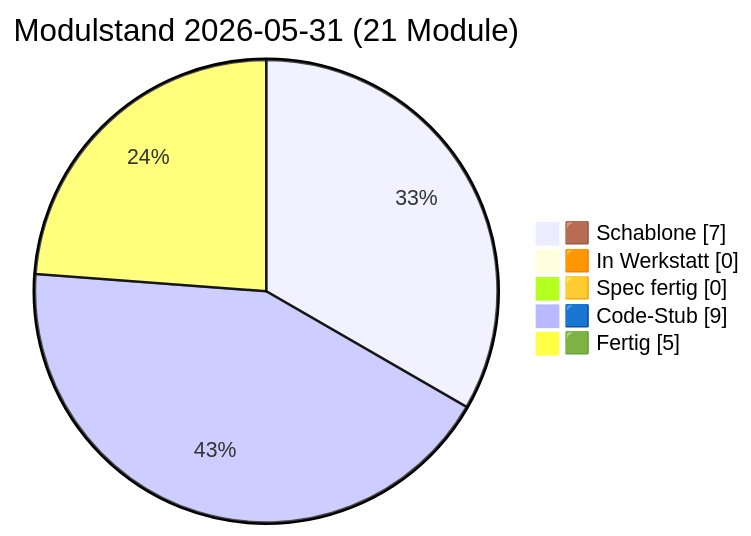
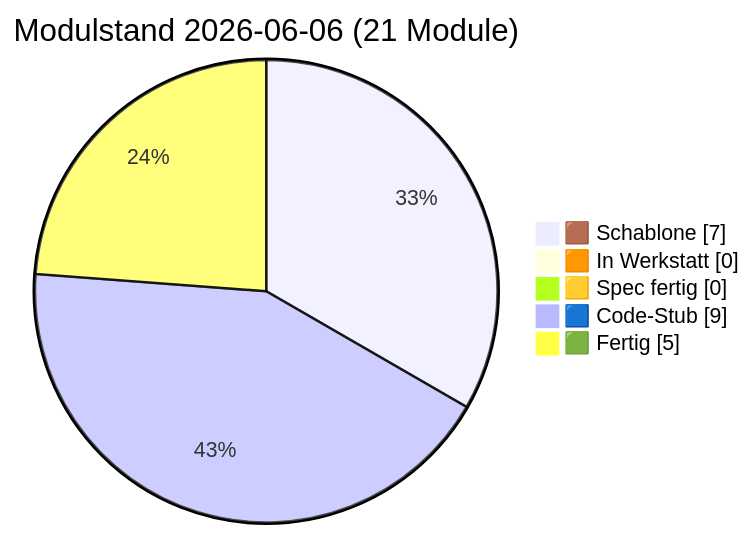
The diagram in docs/PULS.md (lausiklauskn-png/Sage-Protokol), drawn with Mermaid before and after one commit. The commit also changed 6 other files, not shown here.

````diff
--- a/docs/PULS.md
+++ b/docs/PULS.md
@@ -21,9 +21,9 @@
 ```mermaid
 pie showData
-  title Modulstand 2026-05-31 (21 Module)
+  title Modulstand 2026-06-06 (21 Module)
   "🟫 Schablone" : 7
   "🟧 In Werkstatt" : 0
   "🟨 Spec fertig" : 0
   "🟦 Code-Stub" : 9
   "🟩 Fertig" : 5
 ```
````
